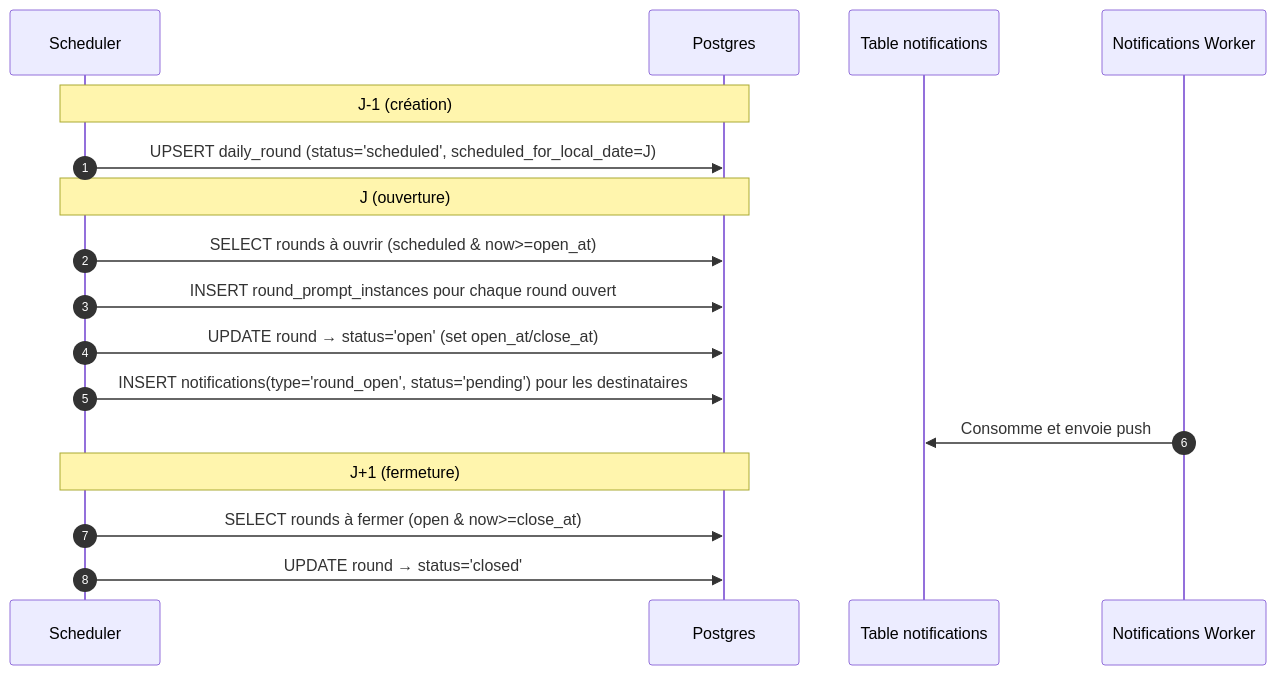
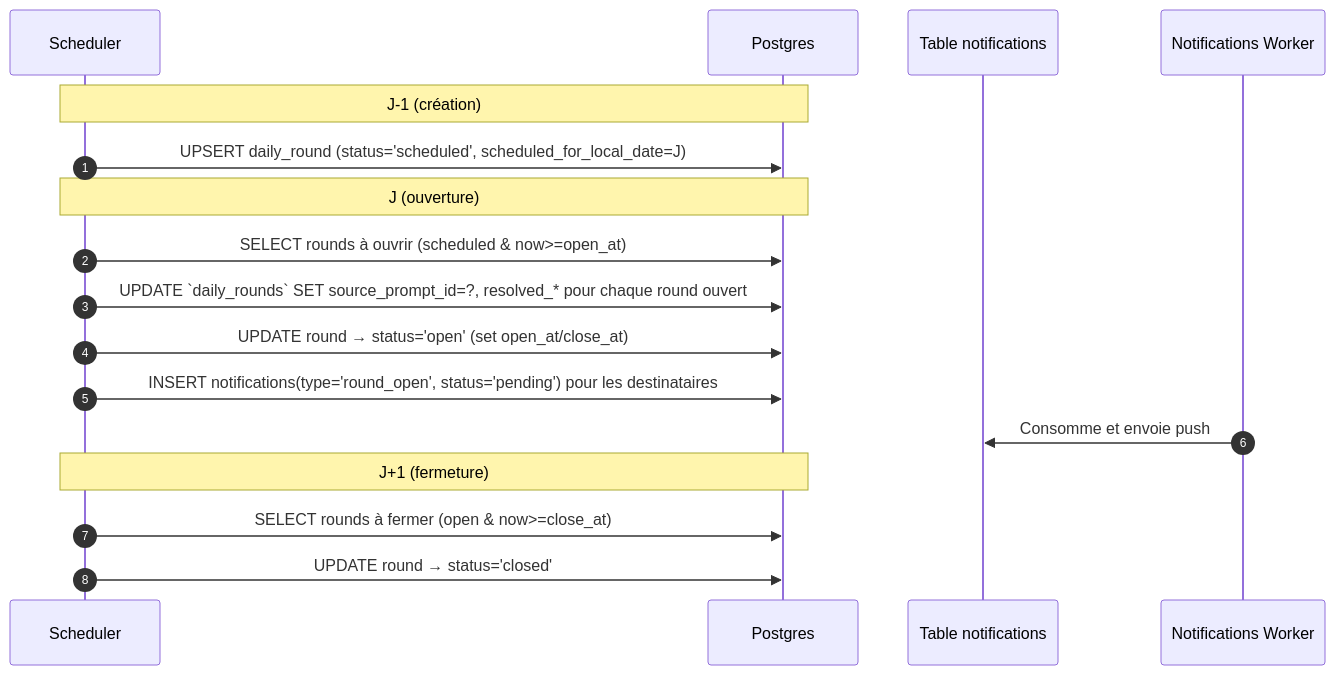
One commit to Adrien490/jimboa changed the second of 2 diagrams in docs/workflows.md. Above: the diagram before and after it, drawn with Mermaid. The commit also changed other lines of this file and 4 other files, not shown here.

````diff
--- a/docs/workflows.md
+++ b/docs/workflows.md
@@ -91,20 +91,20 @@
 ```mermaid
 sequenceDiagram
   autonumber
   participant Cron as Scheduler
   participant DB as Postgres
   participant NQ as Table notifications
   participant NW as Notifications Worker
 
   Note over Cron,DB: J‑1 (création)
   Cron->>DB: UPSERT daily_round (status='scheduled', scheduled_for_local_date=J)
   Note over Cron,DB: J (ouverture)
   Cron->>DB: SELECT rounds à ouvrir (scheduled & now>=open_at)
-  Cron->>DB: INSERT round_prompt_instances pour chaque round ouvert
+  Cron->>DB: UPDATE `daily_rounds` SET source_prompt_id=?, resolved_* pour chaque round ouvert
   Cron->>DB: UPDATE round → status='open' (set open_at/close_at)
   Cron->>DB: INSERT notifications(type='round_open', status='pending') pour les destinataires
   NW->>NQ: Consomme et envoie push
   Note over Cron,DB: J+1 (fermeture)
   Cron->>DB: SELECT rounds à fermer (open & now>=close_at)
   Cron->>DB: UPDATE round → status='closed'
 ```
````
